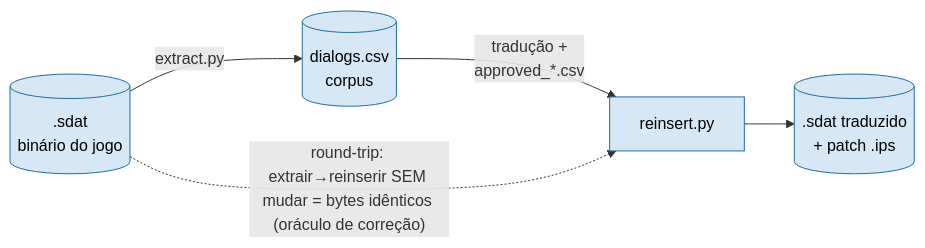
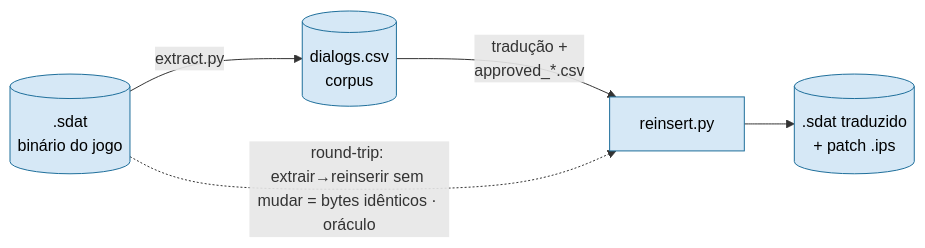
One commit to scudellerlemos/translation-cognition-framework changed the diagram in projects/utawarerumono/connector/README.md. Above: the diagram before and after it, drawn with Mermaid. The commit also changed 2 other files, not shown here.

Commit message:
fix(docs): conserta diagramas mermaid que quebravam no GitHub
O parser de mermaid do GitHub falha com parênteses dentro de nós cilíndricos
[(...)] e de rótulos de aresta, mesmo entre aspas. Troca os () por · / — nos
rótulos afetados: diagrama macro (README), round-trip (conector) e os cilindros
api_ledger/TM + rótulos de aresta do GOVERNANCE (estes pré-existiam).

````diff
--- a/projects/utawarerumono/connector/README.md
+++ b/projects/utawarerumono/connector/README.md
@@ -15,9 +15,9 @@
 ```mermaid
 flowchart LR
   bin[(".sdat<br/>binário do jogo")] -->|"extract.py"| csv[("dialogs.csv<br/>corpus")]
   csv -->|"tradução +<br/>approved_*.csv"| rein["reinsert.py"]
   rein --> out[(".sdat traduzido<br/>+ patch .ips")]
-  bin -. "round-trip: extrair→reinserir SEM mudar = bytes idênticos (oráculo de correção)" .-> rein
+  bin -. "round-trip: extrair→reinserir sem mudar = bytes idênticos · oráculo" .-> rein
   classDef io fill:#d6e8f6,stroke:#1f6f9b,color:#000;
   class bin,csv,rein,out io;
 ```
````
